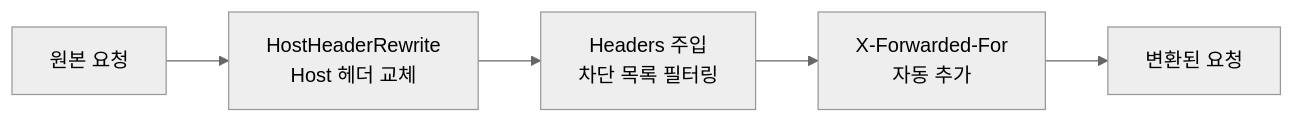
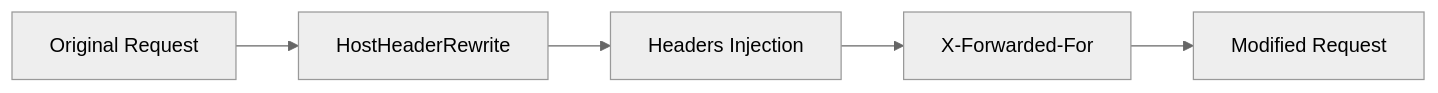
One commit to cagojeiger/drp changed the second of 4 diagrams in docs/architecture/service-layer.md. Above: the diagram before and after it, drawn with Mermaid (neutral theme). The commit also changed other lines of this file and 3 other files, not shown here.

First line of the commit message:
fix(docs): rewrite all Mermaid diagrams for VS Code compatibility

````diff
--- a/docs/architecture/service-layer.md
+++ b/docs/architecture/service-layer.md
@@ -41,7 +41,7 @@
 ```mermaid
 flowchart LR
-    Req[원본 요청] --> HHR[HostHeaderRewrite<br/>Host 헤더 교체]
-    HHR --> HI[Headers 주입<br/>차단 목록 필터링]
-    HI --> XFF[X-Forwarded-For<br/>자동 추가]
-    XFF --> Out[변환된 요청]
+    Req["Original Request"] --> HHR["HostHeaderRewrite"]
+    HHR --> HI["Headers Injection"]
+    HI --> XFF["X-Forwarded-For"]
+    XFF --> Out["Modified Request"]
 ```
````
